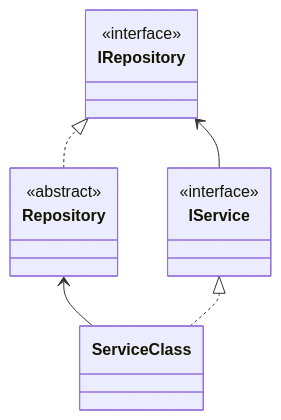
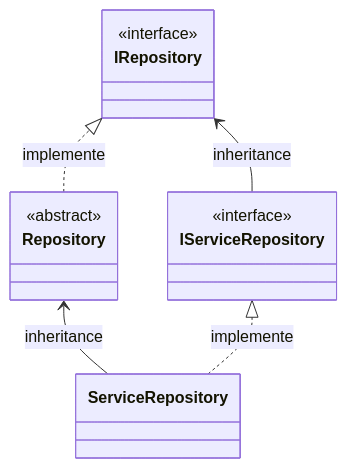
The diagram in DesignPattern/Repository.md (rendya2501/til), drawn with Mermaid before and after one commit. The commit also changed other lines of this file and 4 other files, not shown here.

````diff
--- a/DesignPattern/Repository.md
+++ b/DesignPattern/Repository.md
@@ -101,22 +101,22 @@
 ``` mermaid
 classDiagram
 direction BT
 
 class IRepository {
     <<interface>>
 }
 class Repository{
     <<abstract>>
 }
-class IService{
+class IServiceRepository{
     <<interface>>
 }
-class ServiceClass{
+class ServiceRepository{
     
 }
 
-Repository ..|> IRepository
-ServiceClass ..|> IService
-ServiceClass --> Repository
-IService --> IRepository
+Repository ..|> IRepository : implemente
+ServiceRepository ..|> IServiceRepository : implemente
+ServiceRepository --> Repository : inheritance
+IServiceRepository --> IRepository : inheritance
 ```
````
